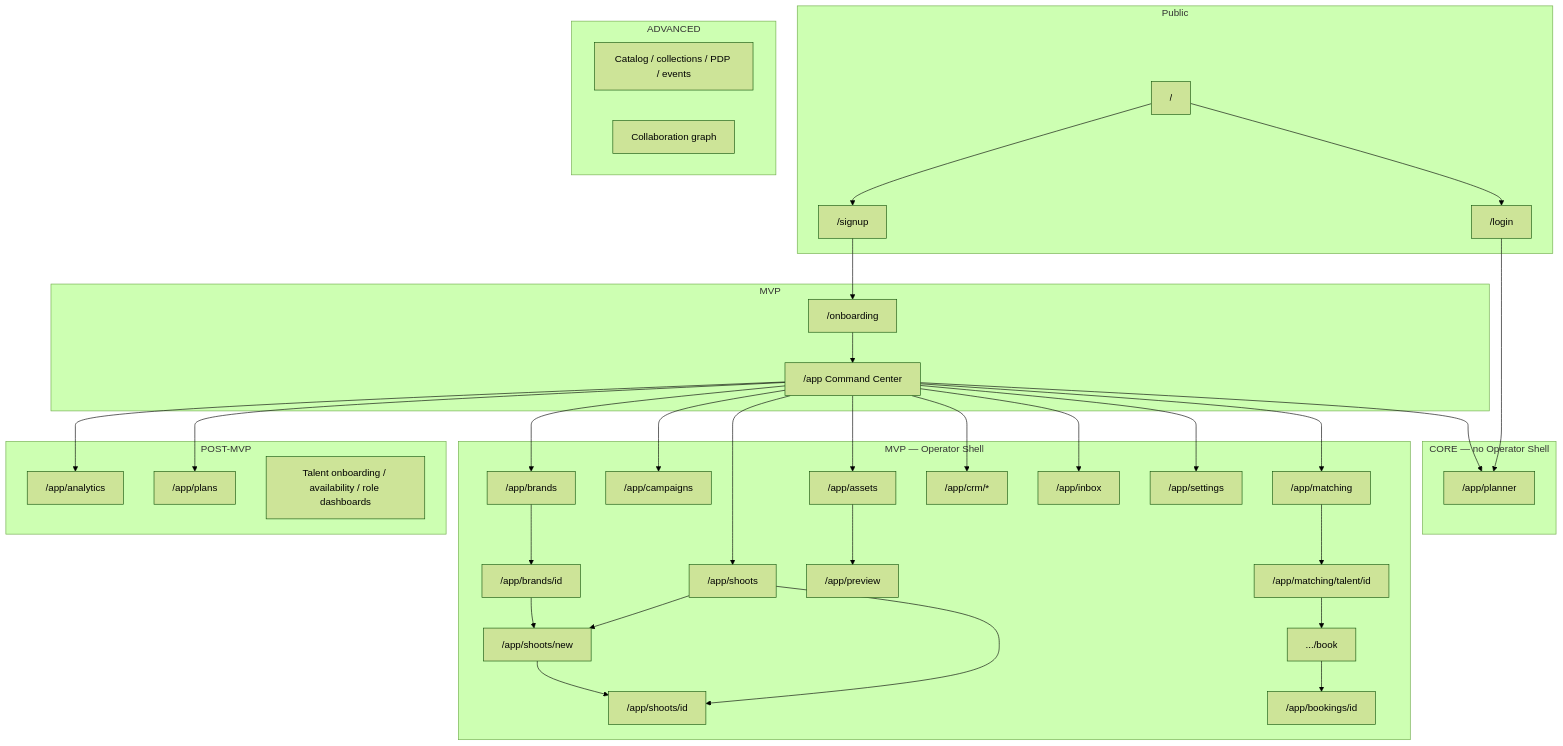
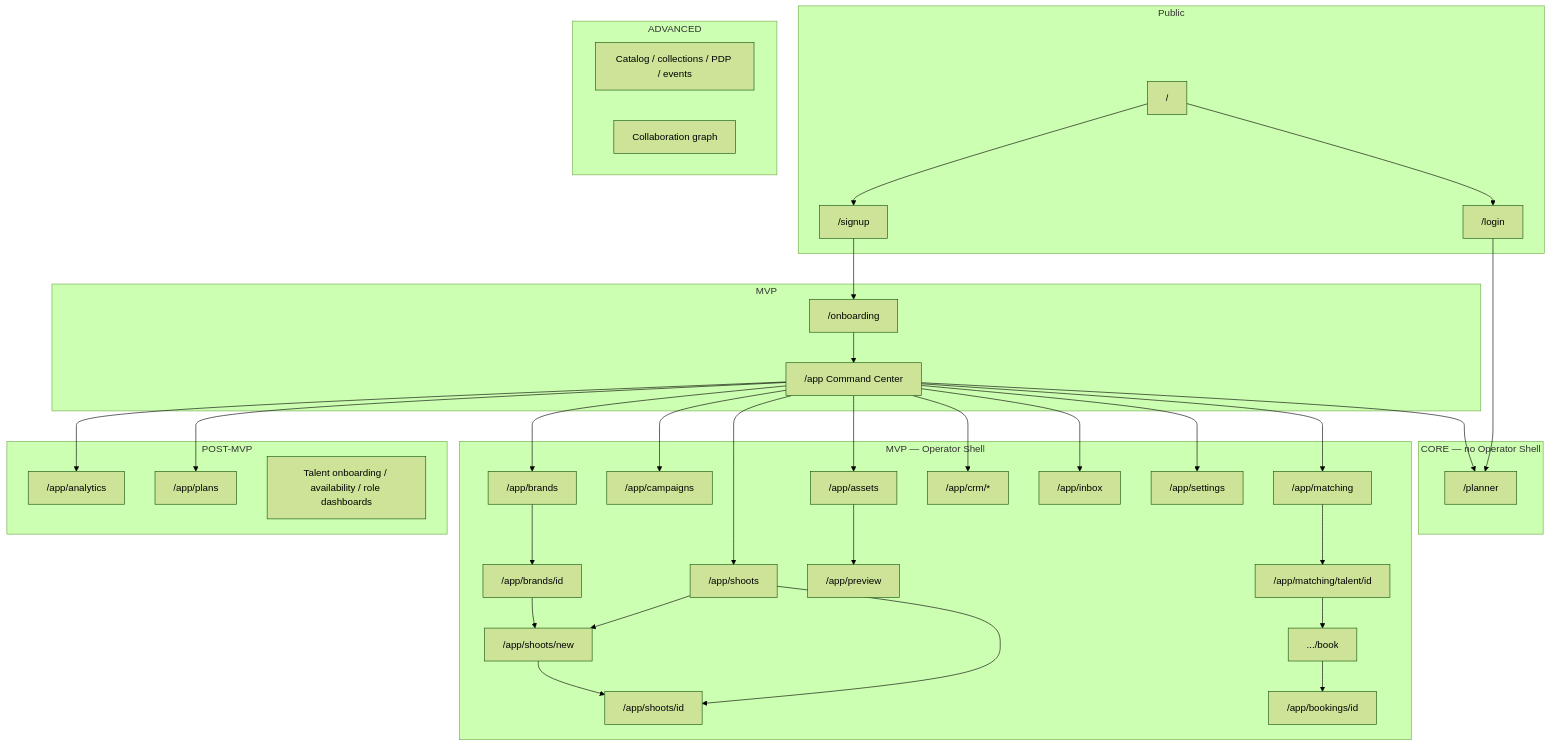
One commit to amoai-tech/ipixai changed the diagram in docs/sitemap.md. Above: the diagram before and after it, drawn with Mermaid (forest theme). The commit also changed other lines of this file and 11 other files, not shown here.

````diff
--- a/docs/sitemap.md
+++ b/docs/sitemap.md
@@ -113,64 +113,64 @@
 ```mermaid
 flowchart TD
   subgraph public [Public]
     Home["/"]
     Login["/login"]
     Signup["/signup"]
     Home --> Login
     Home --> Signup
   end
 
   subgraph core [CORE — no Operator Shell]
-    AIPlanner["/app/planner"]
+    AIPlanner["/planner"]
     Login --> AIPlanner
   end
 
   subgraph mvpOnb [MVP]
     Onboard["/onboarding"]
     Signup --> Onboard
     Onboard --> CC
   end
 
   subgraph mvp [MVP — Operator Shell]
     CC["/app Command Center"]
     Brand["/app/brands"]
     BrandD["/app/brands/id"]
     Shoots["/app/shoots"]
     ShootN["/app/shoots/new"]
     ShootD["/app/shoots/id"]
     Camp["/app/campaigns"]
     Assets["/app/assets"]
     Prev["/app/preview"]
     Match["/app/matching"]
     Talent["/app/matching/talent/id"]
     BookW[".../book"]
     BookD["/app/bookings/id"]
     CRM["/app/crm/*"]
     Inbox["/app/inbox"]
     Settings["/app/settings"]
     CC --> Brand --> BrandD
     CC --> Shoots --> ShootD
     Shoots --> ShootN --> ShootD
     BrandD --> ShootN
     CC --> Camp
     CC --> Assets --> Prev
     CC --> Match --> Talent --> BookW --> BookD
     CC --> CRM
     CC --> Inbox
     CC --> Settings
     CC --> AIPlanner
   end
 
   subgraph post [POST-MVP]
     Analytics["/app/analytics"]
     Plans["/app/plans"]
     TOnb["Talent onboarding / availability / role dashboards"]
     CC --> Analytics
     CC --> Plans
   end
 
   subgraph adv [ADVANCED]
     Cat["Catalog / collections / PDP / events"]
     Collab["Collaboration graph"]
   end
 ```
````
